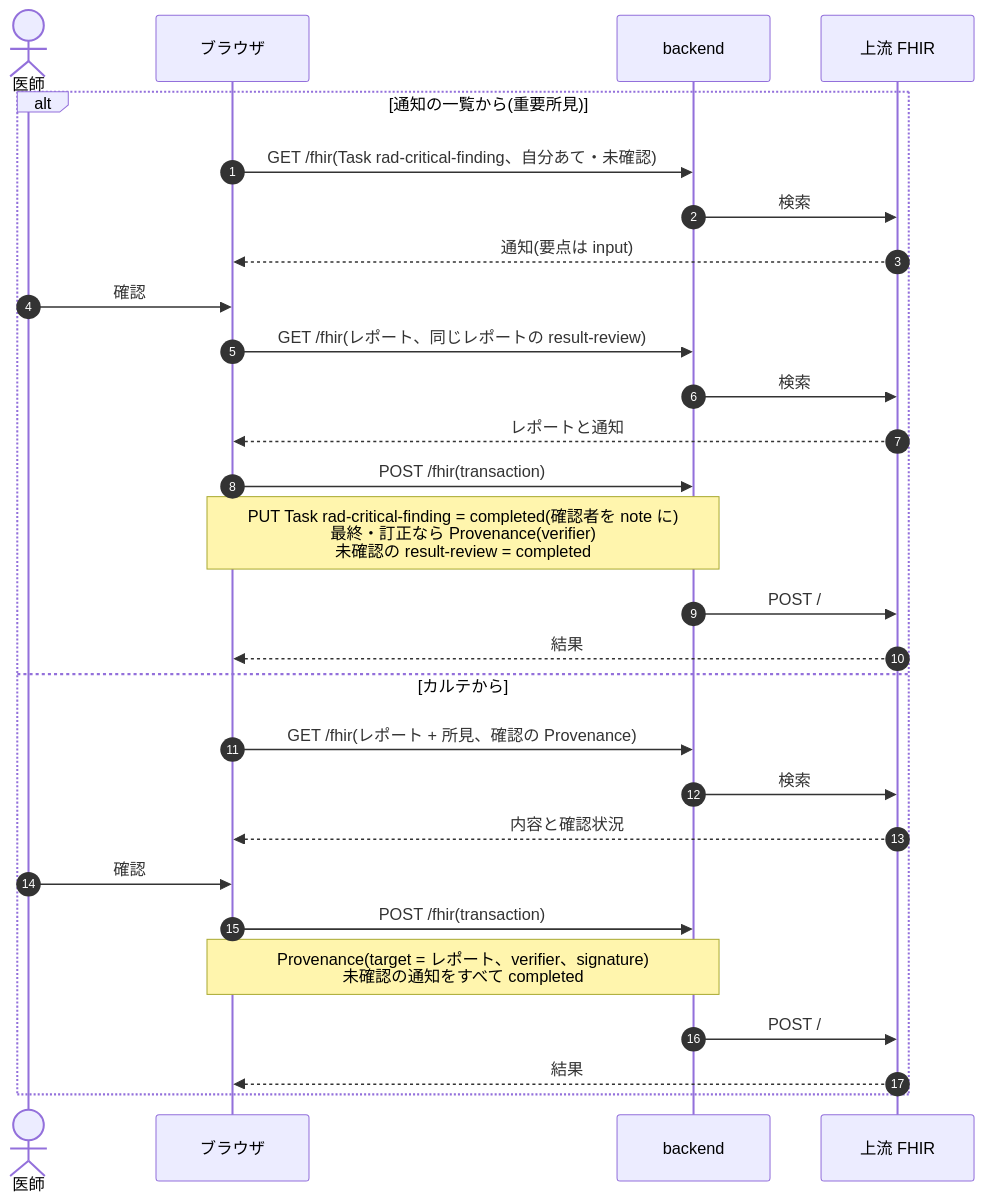
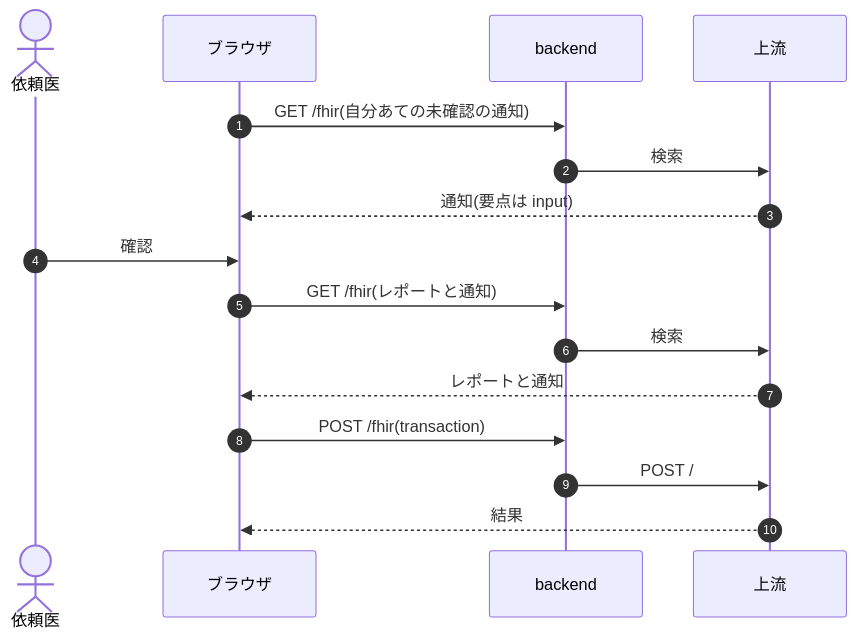
One commit to ysnr-dev/fhir-client-docs changed diagram 13 of 14 in docs/dev/rad.md. Above: the diagram before and after it, drawn with Mermaid. The commit also changed other lines of this file and 43 other files, not shown here.

Commit message:
docs: 業務フローとシーケンス図を写し直し

````diff
--- a/docs/dev/rad.md
+++ b/docs/dev/rad.md
@@ -249,31 +521,19 @@
 ```mermaid
 sequenceDiagram
   autonumber
-  actor Dr as 医師
+  actor Dr as 依頼医
   participant UI as ブラウザ
   participant BE as backend
-  participant FHIR as 上流 FHIR
+  participant FHIR as 上流
 
-  alt 通知の一覧から(重要所見)
-    UI->>BE: GET /fhir(Task rad-critical-finding、自分あて・未確認)
-    BE->>FHIR: 検索
-    FHIR-->>UI: 通知(要点は input)
-    Dr->>UI: 確認
-    UI->>BE: GET /fhir(レポート、同じレポートの result-review)
-    BE->>FHIR: 検索
-    FHIR-->>UI: レポートと通知
-    UI->>BE: POST /fhir(transaction)
-    Note over UI,BE: PUT Task rad-critical-finding = completed(確認者を note に)<br/>最終・訂正なら Provenance(verifier)<br/>未確認の result-review = completed
-    BE->>FHIR: POST /
-    FHIR-->>UI: 結果
-  else カルテから
-    UI->>BE: GET /fhir(レポート + 所見、確認の Provenance)
-    BE->>FHIR: 検索
-    FHIR-->>UI: 内容と確認状況
-    Dr->>UI: 確認
-    UI->>BE: POST /fhir(transaction)
-    Note over UI,BE: Provenance(target = レポート、verifier、signature)<br/>未確認の通知をすべて completed
-    BE->>FHIR: POST /
-    FHIR-->>UI: 結果
-  end
+  UI->>BE: GET /fhir(自分あての未確認の通知)
+  BE->>FHIR: 検索
+  FHIR-->>UI: 通知(要点は input)
+  Dr->>UI: 確認
+  UI->>BE: GET /fhir(レポートと通知)
+  BE->>FHIR: 検索
+  FHIR-->>UI: レポートと通知
+  UI->>BE: POST /fhir(transaction)
+  BE->>FHIR: POST /
+  FHIR-->>UI: 結果
 ```
````
